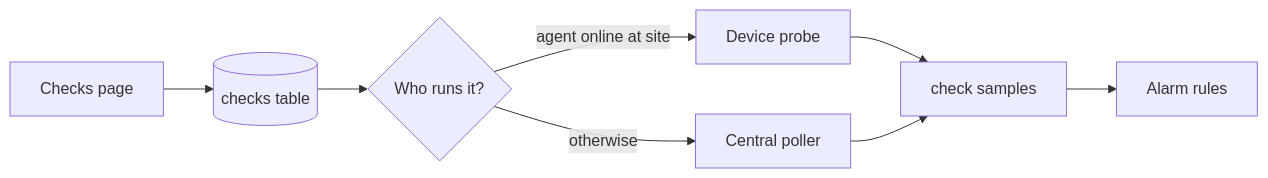
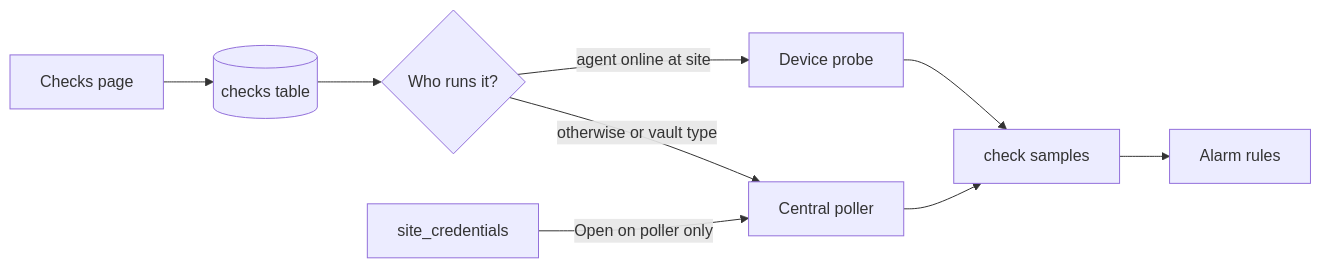
The diagram in docs/src/checks.md (MixinGasAndHaulinAss/ScanRay-Sonar), drawn with Mermaid before and after one commit. The commit also changed other lines of this file and 27 other files, not shown here.

````diff
--- a/docs/src/checks.md
+++ b/docs/src/checks.md
@@ -16,10 +16,11 @@
 ```mermaid
 flowchart LR
   UI[Checks page] --> DB[(checks table)]
   DB --> Pick{Who runs it?}
   Pick -->|agent online at site| Probe[Device probe]
-  Pick -->|otherwise| Poller[Central poller]
+  Pick -->|otherwise or vault type| Poller[Central poller]
+  Vault[site_credentials] -->|Open on poller only| Poller
   Probe --> Samples[check samples]
   Poller --> Samples
   Samples --> Alarms[Alarm rules]
 ```
````
